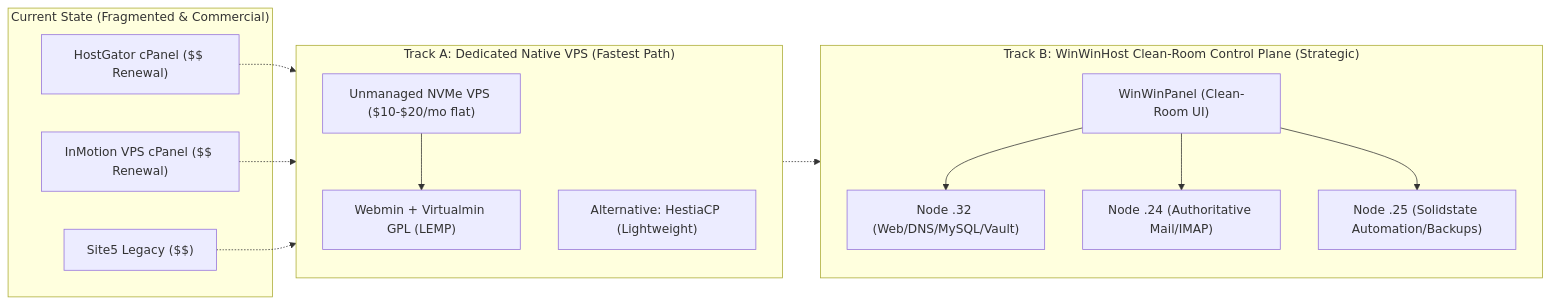
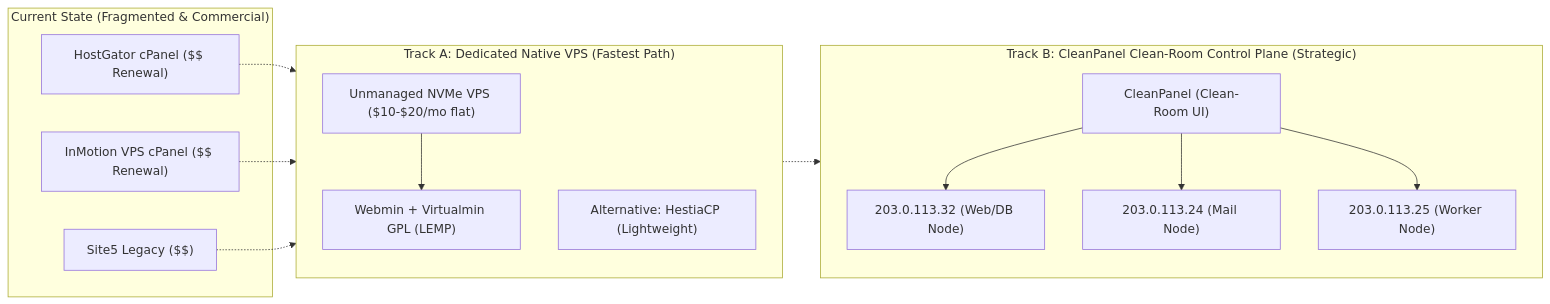
The diagram in docs/01-executive-summary-and-strategy.md (rbaindourov/cpanel-clean-room), drawn with Mermaid before and after one commit. The commit also changed other lines of this file and 80 other files, not shown here.

````diff
--- a/docs/01-executive-summary-and-strategy.md
+++ b/docs/01-executive-summary-and-strategy.md
@@ -40,30 +40,30 @@
 ```mermaid
 graph LR
     subgraph Current["Current State (Fragmented & Commercial)"]
         HG["HostGator cPanel ($$ Renewal)"]
         IM["InMotion VPS cPanel ($$ Renewal)"]
         S5["Site5 Legacy ($$)"]
     end
 
     subgraph TrackA["Track A: Dedicated Native VPS (Fastest Path)"]
         VPS["Unmanaged NVMe VPS ($10-$20/mo flat)"]
         VMIN["Webmin + Virtualmin GPL (LEMP)"]
         HEST["Alternative: HestiaCP (Lightweight)"]
         VPS --> VMIN
     end
 
-    subgraph TrackB["Track B: WinWinHost Clean-Room Control Plane (Strategic)"]
-        W32["Node .32 (Web/DNS/MySQL/Vault)"]
-        W24["Node .24 (Authoritative Mail/IMAP)"]
-        W25["Node .25 (Solidstate Automation/Backups)"]
-        UI["WinWinPanel (Clean-Room UI)"]
+    subgraph TrackB["Track B: CleanPanel Clean-Room Control Plane (Strategic)"]
+        W32["203.0.113.32 (Web/DB Node)"]
+        W24["203.0.113.24 (Mail Node)"]
+        W25["203.0.113.25 (Worker Node)"]
+        UI["CleanPanel (Clean-Room UI)"]
         UI --> W32
         UI --> W24
         UI --> W25
     end
 
     HG -.-> TrackA
     IM -.-> TrackA
     S5 -.-> TrackA
     TrackA -.-> TrackB
 ```
````
